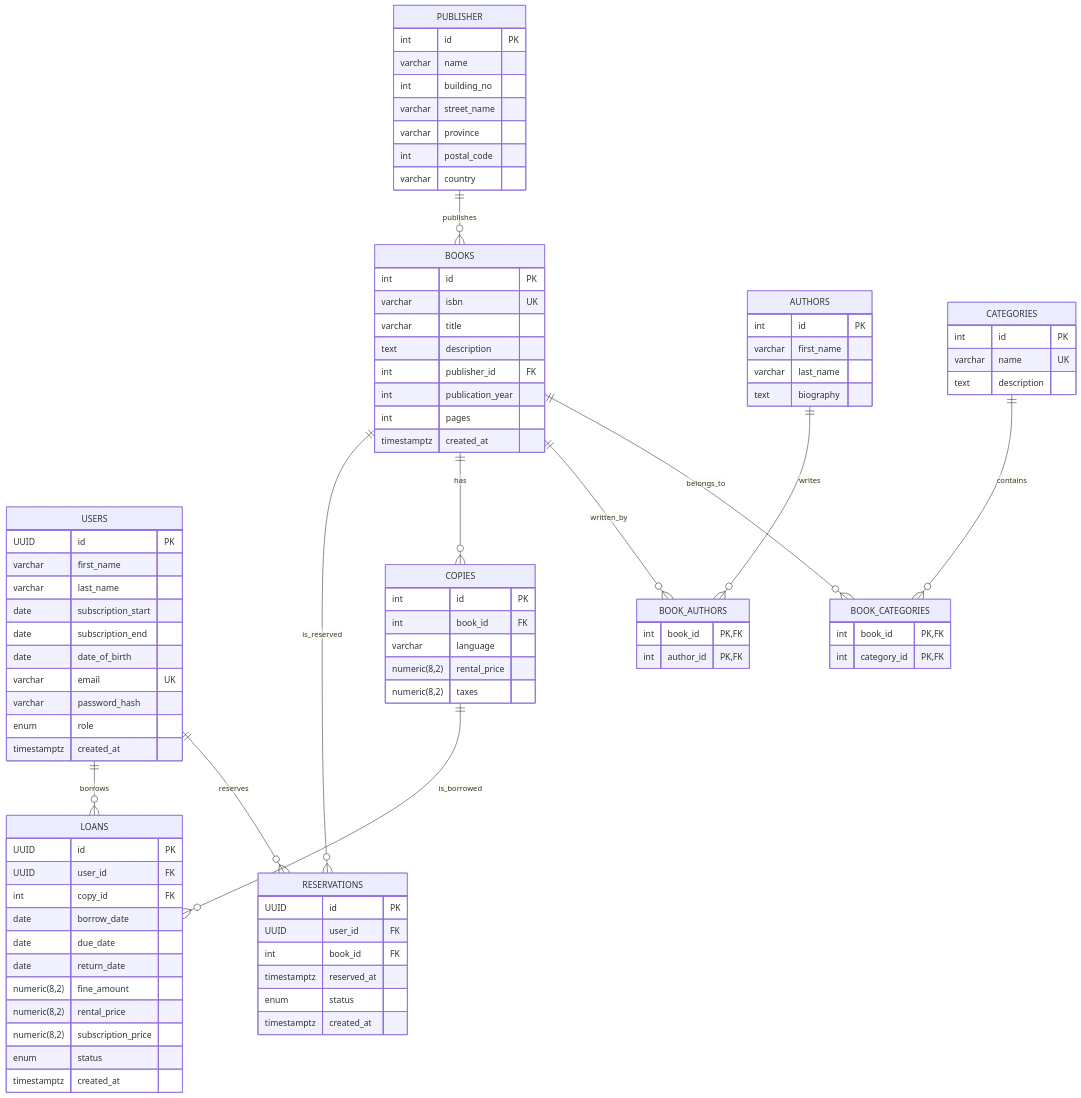
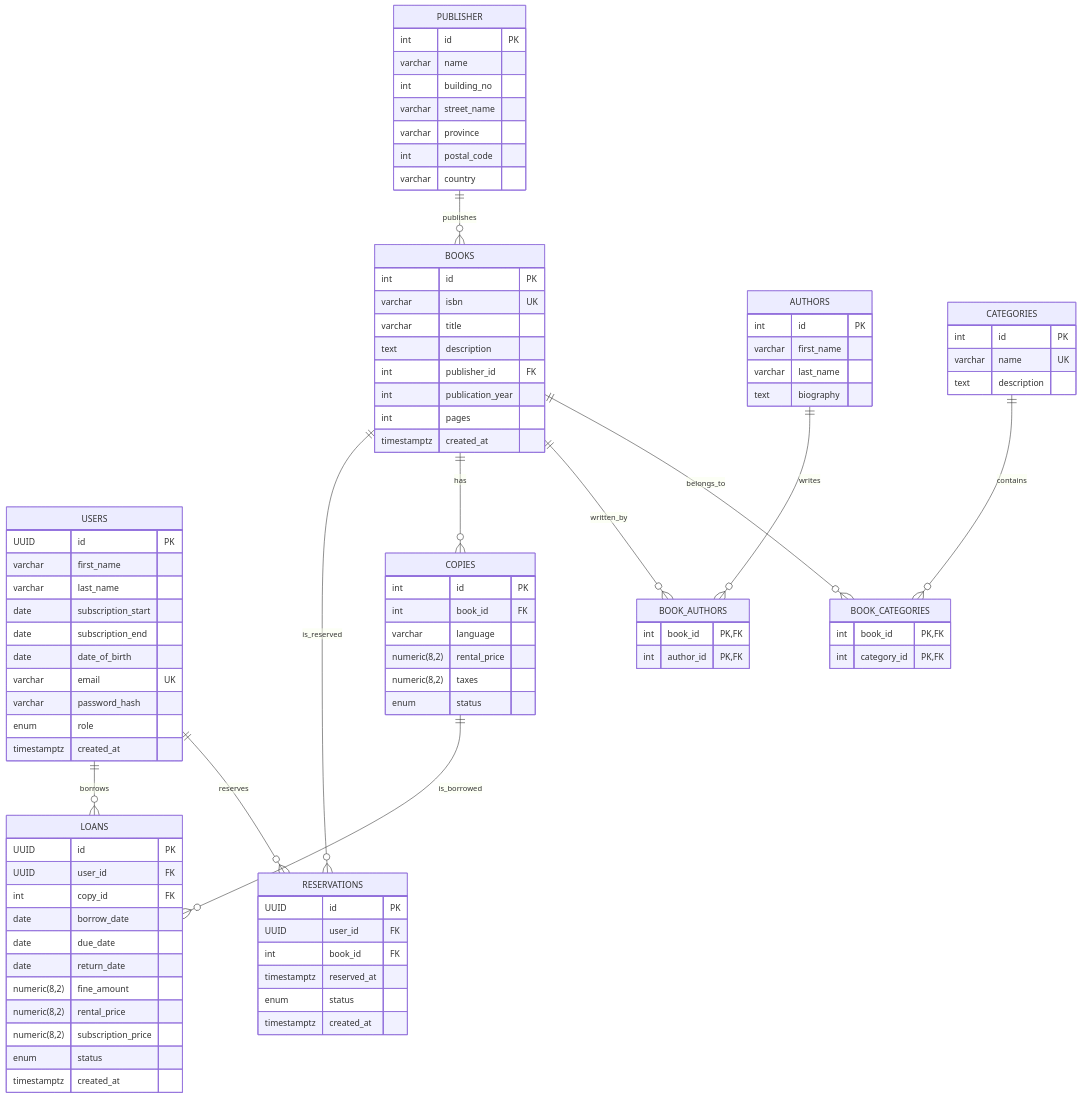
Before and after one commit to medo458/DBMS_PROJECT_2026_ASU: the diagram in README.md, drawn with Mermaid. The commit also changed other lines of this file, not shown here.

First line of the commit message:
Enhance README with book status information

```diff
--- a/README.md
+++ b/README.md
@@ -60,6 +60,7 @@
         varchar language
         numeric(8,2) rental_price
         numeric(8,2) taxes
+        enum status
     }
 
     AUTHORS {
```
